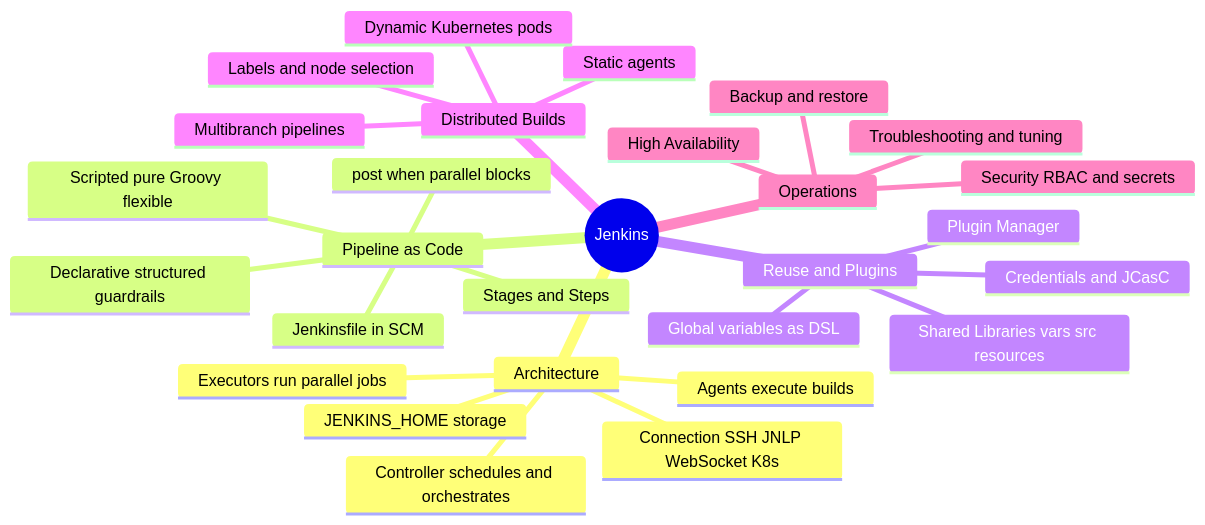
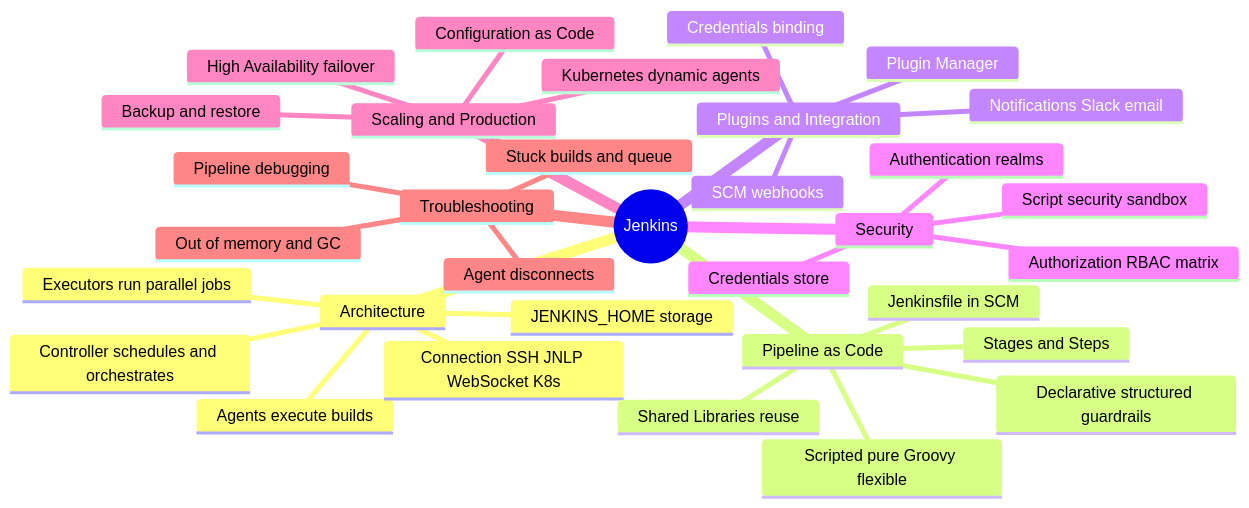
The first of 2 diagrams in jenkins/README.md (rakesh-budde/devops-guide), drawn with Mermaid before and after one commit. The commit also changed other lines of this file and 127 other files, not shown here.

````diff
--- a/jenkins/README.md
+++ b/jenkins/README.md
@@ -24,31 +38,36 @@
 ```mermaid
 mindmap
   root((Jenkins))
     Architecture
       Controller schedules and orchestrates
       Agents execute builds
       Executors run parallel jobs
       JENKINS_HOME storage
       Connection SSH JNLP WebSocket K8s
     Pipeline as Code
       Declarative structured guardrails
       Scripted pure Groovy flexible
       Jenkinsfile in SCM
       Stages and Steps
-      post when parallel blocks
-    Reuse and Plugins
-      Shared Libraries vars src resources
-      Global variables as DSL
+      Shared Libraries reuse
+    Plugins and Integration
       Plugin Manager
-      Credentials and JCasC
-    Distributed Builds
-      Static agents
-      Dynamic Kubernetes pods
-      Labels and node selection
-      Multibranch pipelines
-    Operations
-      Security RBAC and secrets
-      High Availability
+      Credentials binding
+      SCM webhooks
+      Notifications Slack email
+    Security
+      Authentication realms
+      Authorization RBAC matrix
+      Credentials store
+      Script security sandbox
+    Scaling and Production
+      Kubernetes dynamic agents
+      High Availability failover
+      Configuration as Code
       Backup and restore
-      Troubleshooting and tuning
+    Troubleshooting
+      Stuck builds and queue
+      Agent disconnects
+      Out of memory and GC
+      Pipeline debugging
 ```
````
